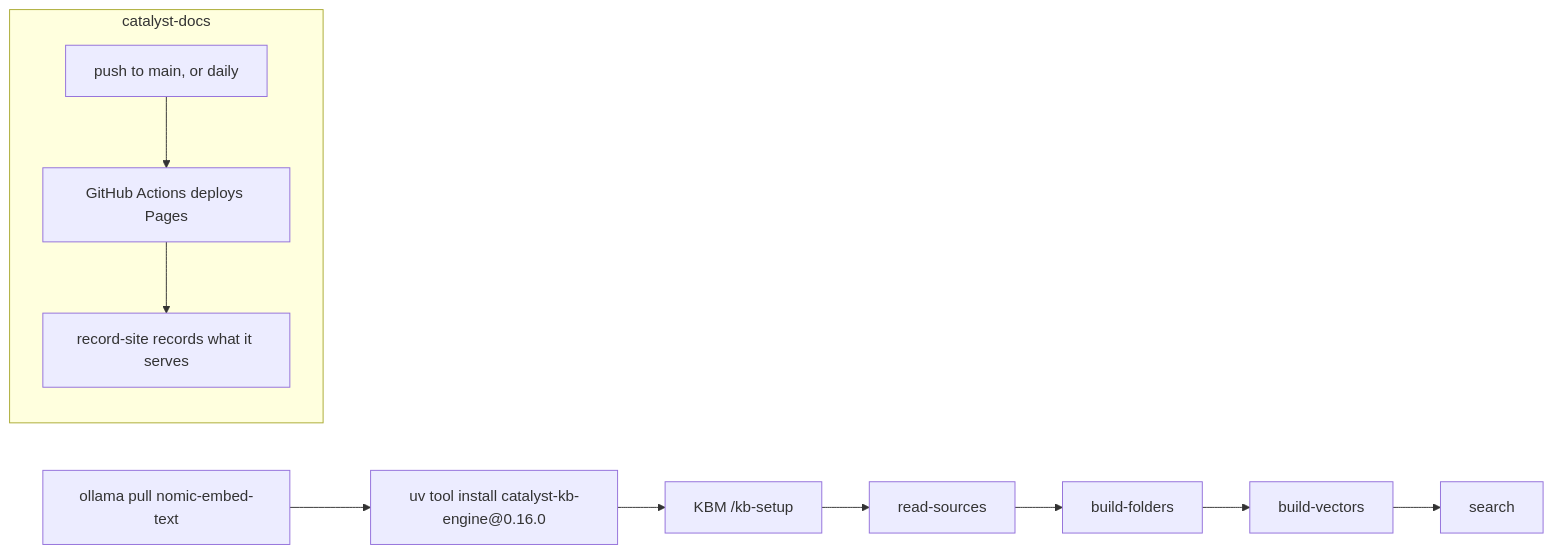
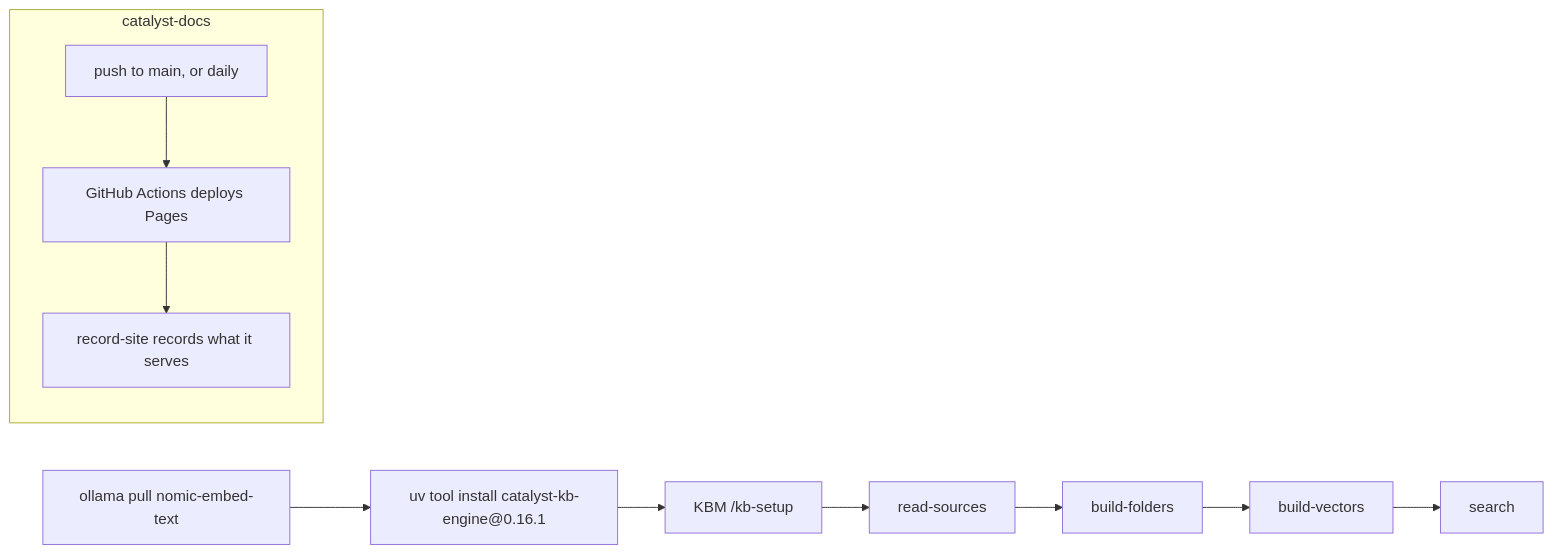
Before and after one commit to cantica-tech/catalyst-docs: diagram 13 of 16 in docs/guide/manual/00-overview-and-runbook.md, drawn with Mermaid. The commit also changed other lines of this file and 9 other files, not shown here.

````diff
--- a/docs/guide/manual/00-overview-and-runbook.md
+++ b/docs/guide/manual/00-overview-and-runbook.md
@@ -397,13 +415,13 @@
 ```mermaid
 flowchart LR
-  Pull["ollama pull nomic-embed-text"] --> Inst["uv tool install catalyst-kb-engine@0.16.0"]
+  Pull["ollama pull nomic-embed-text"] --> Inst["uv tool install catalyst-kb-engine@0.16.1"]
   Inst --> Setup["KBM /kb-setup"]
   Setup --> Read["read-sources"]
   Read --> Folders["build-folders"]
   Folders --> Vectors["build-vectors"]
   Vectors --> Search["search"]
   subgraph DocsSite["catalyst-docs"]
     Push["push to main, or daily"] --> Pages["GitHub Actions deploys Pages"]
     Pages --> Record["record-site records what it serves"]
   end
 ```
````
